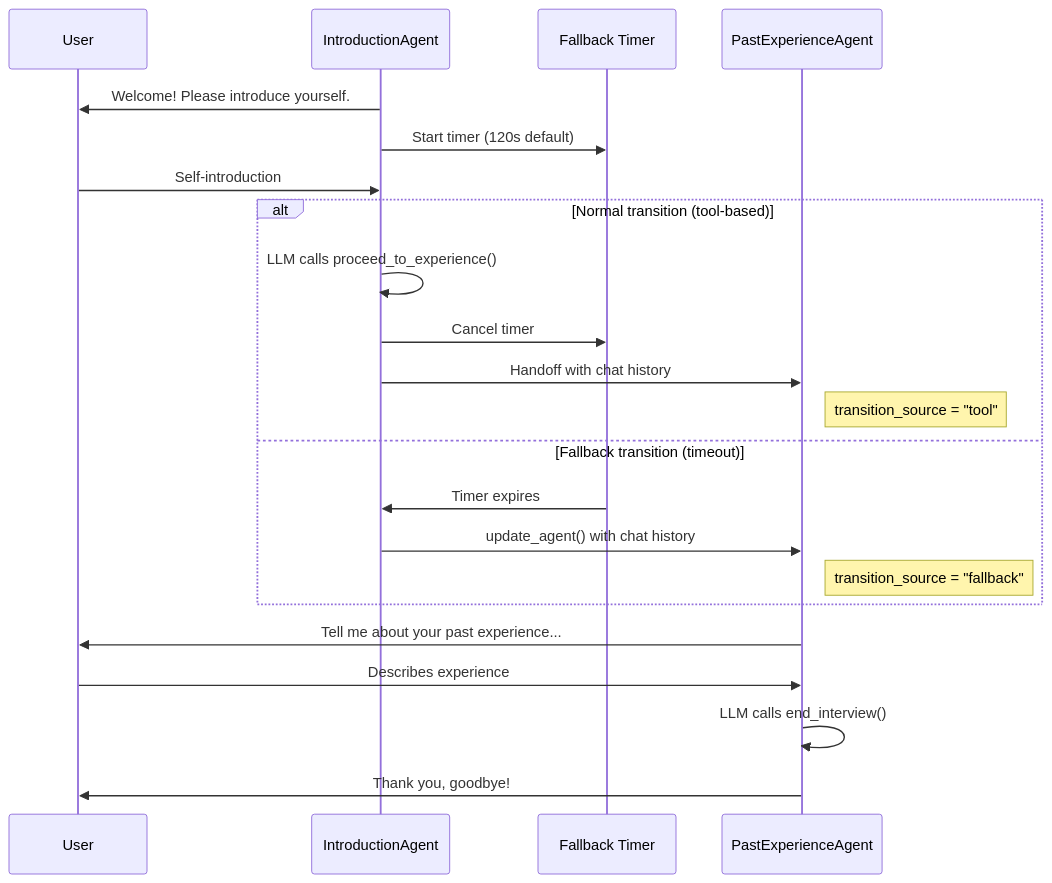
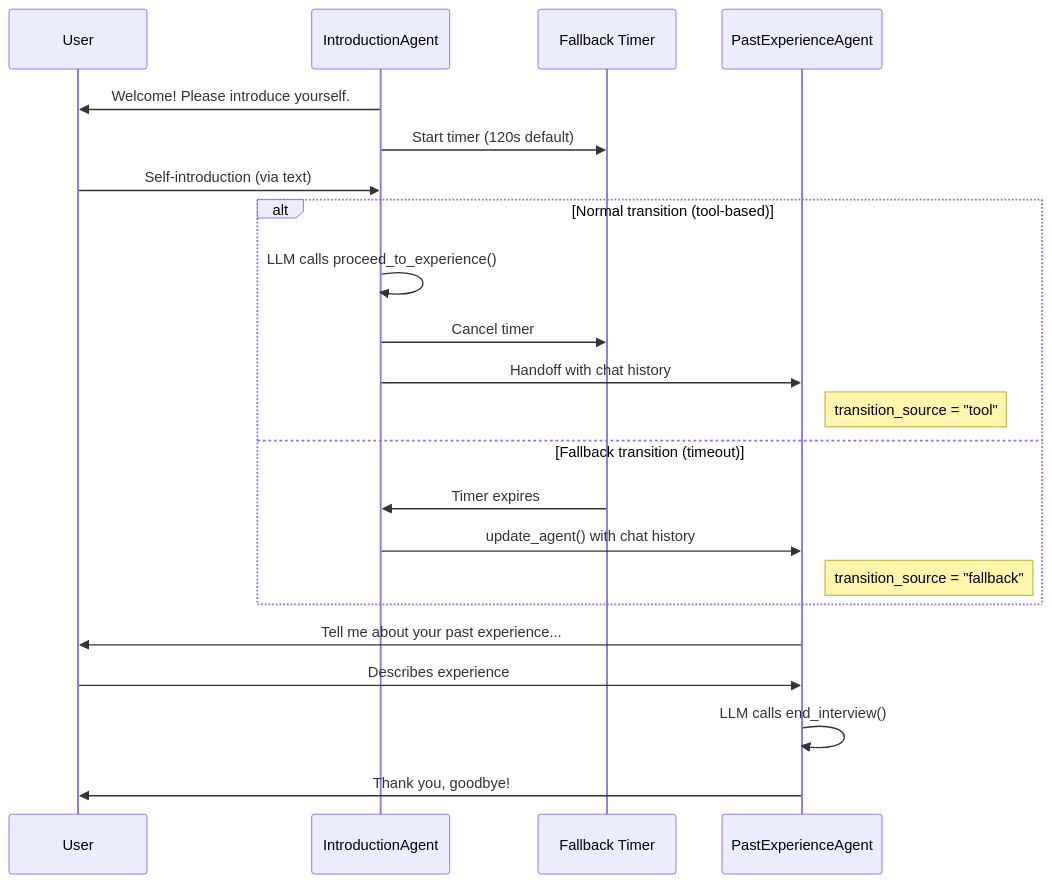
One commit to anhtranst/moc_interview_demo changed the third of 3 diagrams in README.md. Above: the diagram before and after it, drawn with Mermaid. The commit also changed other lines of this file and 10 other files, not shown here.

````diff
--- a/README.md
+++ b/README.md
@@ -37,27 +68,27 @@
 ```mermaid
 sequenceDiagram
     participant U as User
     participant IA as IntroductionAgent
     participant FT as Fallback Timer
     participant PA as PastExperienceAgent
 
     IA->>U: Welcome! Please introduce yourself.
     IA->>FT: Start timer (120s default)
-    U->>IA: Self-introduction
+    U->>IA: Self-introduction (via text)
 
     alt Normal transition (tool-based)
         IA->>IA: LLM calls proceed_to_experience()
         IA->>FT: Cancel timer
         IA->>PA: Handoff with chat history
         Note right of PA: transition_source = "tool"
     else Fallback transition (timeout)
         FT->>IA: Timer expires
         IA->>PA: update_agent() with chat history
         Note right of PA: transition_source = "fallback"
     end
 
     PA->>U: Tell me about your past experience...
     U->>PA: Describes experience
     PA->>PA: LLM calls end_interview()
     PA->>U: Thank you, goodbye!
 ```
````
